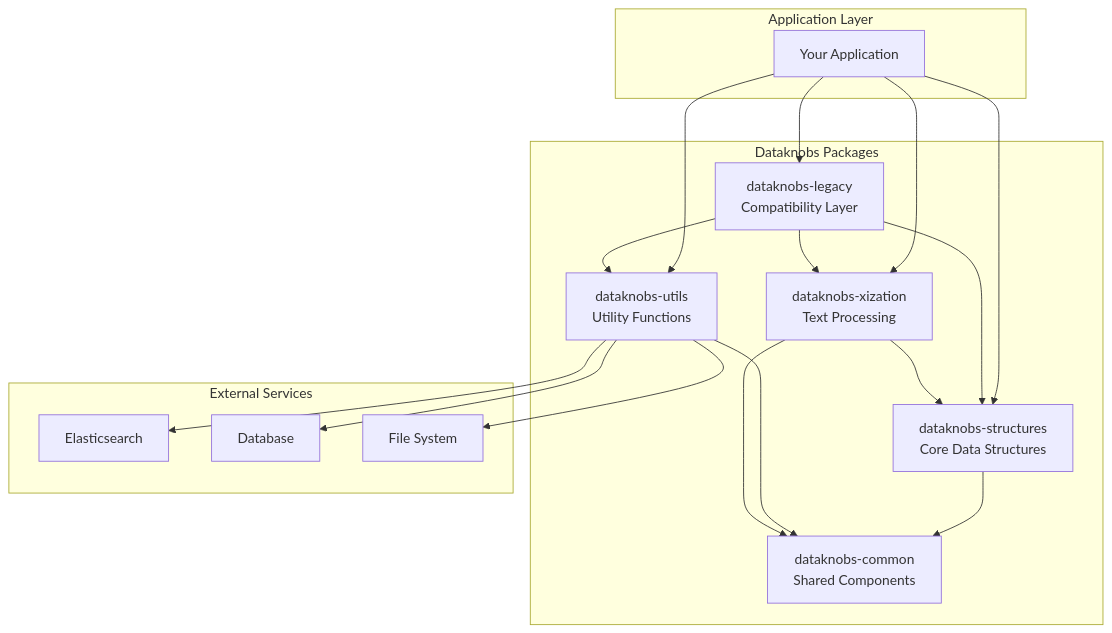
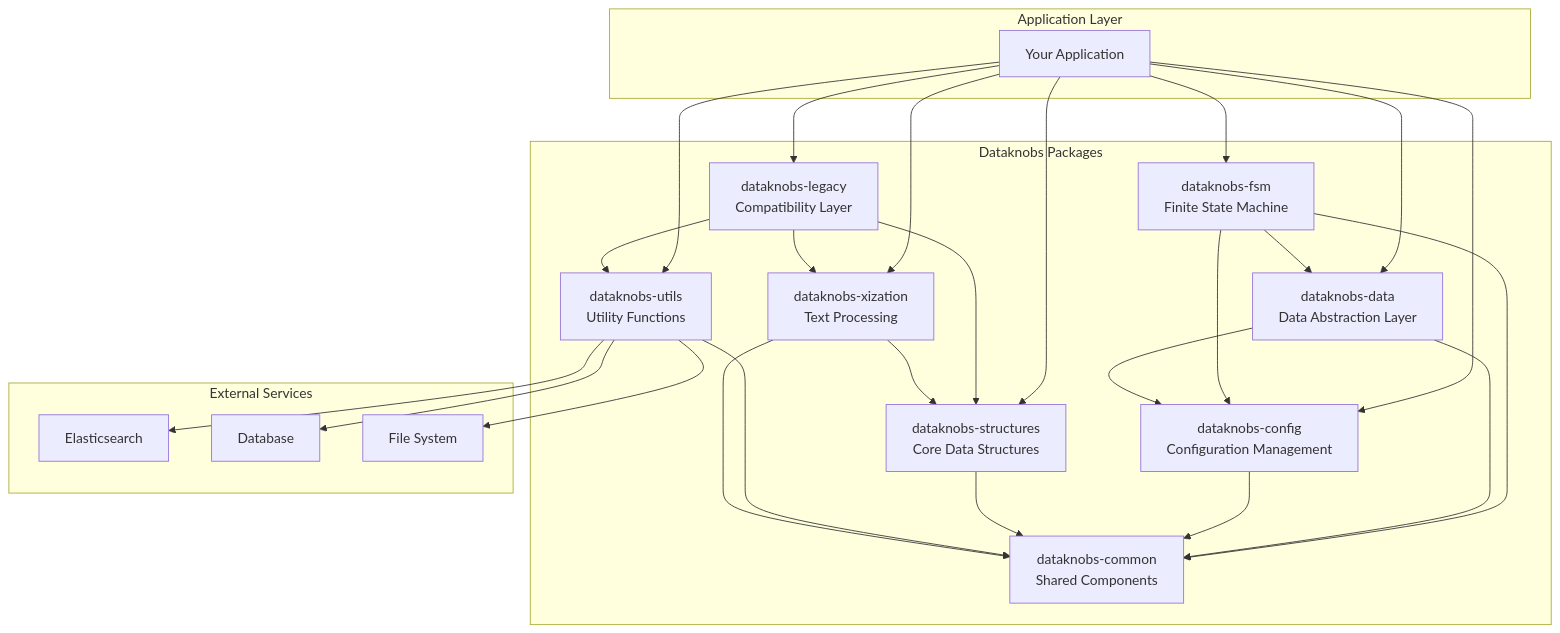
Before and after one commit to KBS-Labs/dataknobs: the first of 2 diagrams in docs/development/architecture.md, drawn with Mermaid. The commit also changed other lines of this file and 14 other files, not shown here.

````diff
--- a/docs/development/architecture.md
+++ b/docs/development/architecture.md
@@ -9,38 +9,53 @@
 ```mermaid
 graph TB
     subgraph "Application Layer"
         APP[Your Application]
     end
     
     subgraph "Dataknobs Packages"
-        LEGACY[dataknobs-legacy<br/>Compatibility Layer]
+        FSM[dataknobs-fsm<br/>Finite State Machine]
+        DATA[dataknobs-data<br/>Data Abstraction Layer]
+        CONFIG[dataknobs-config<br/>Configuration Management]
         STRUCT[dataknobs-structures<br/>Core Data Structures]
         UTILS[dataknobs-utils<br/>Utility Functions]
         XIZ[dataknobs-xization<br/>Text Processing]
         COMMON[dataknobs-common<br/>Shared Components]
+        LEGACY[dataknobs-legacy<br/>Compatibility Layer]
     end
     
     subgraph "External Services"
         ES[Elasticsearch]
         DB[Database]
         FS[File System]
     end
     
-    APP --> LEGACY
+    APP --> FSM
+    APP --> DATA
+    APP --> CONFIG
     APP --> STRUCT
     APP --> UTILS
     APP --> XIZ
-    
+    APP --> LEGACY
+
+    FSM --> DATA
+    FSM --> CONFIG
+    FSM --> COMMON
+
+    DATA --> CONFIG
+    DATA --> COMMON
+
+    CONFIG --> COMMON
+
     LEGACY --> STRUCT
     LEGACY --> UTILS
     LEGACY --> XIZ
-    
+
     STRUCT --> COMMON
     UTILS --> COMMON
     XIZ --> COMMON
     XIZ --> STRUCT
     
     UTILS --> ES
     UTILS --> DB
     UTILS --> FS
 ```
````
